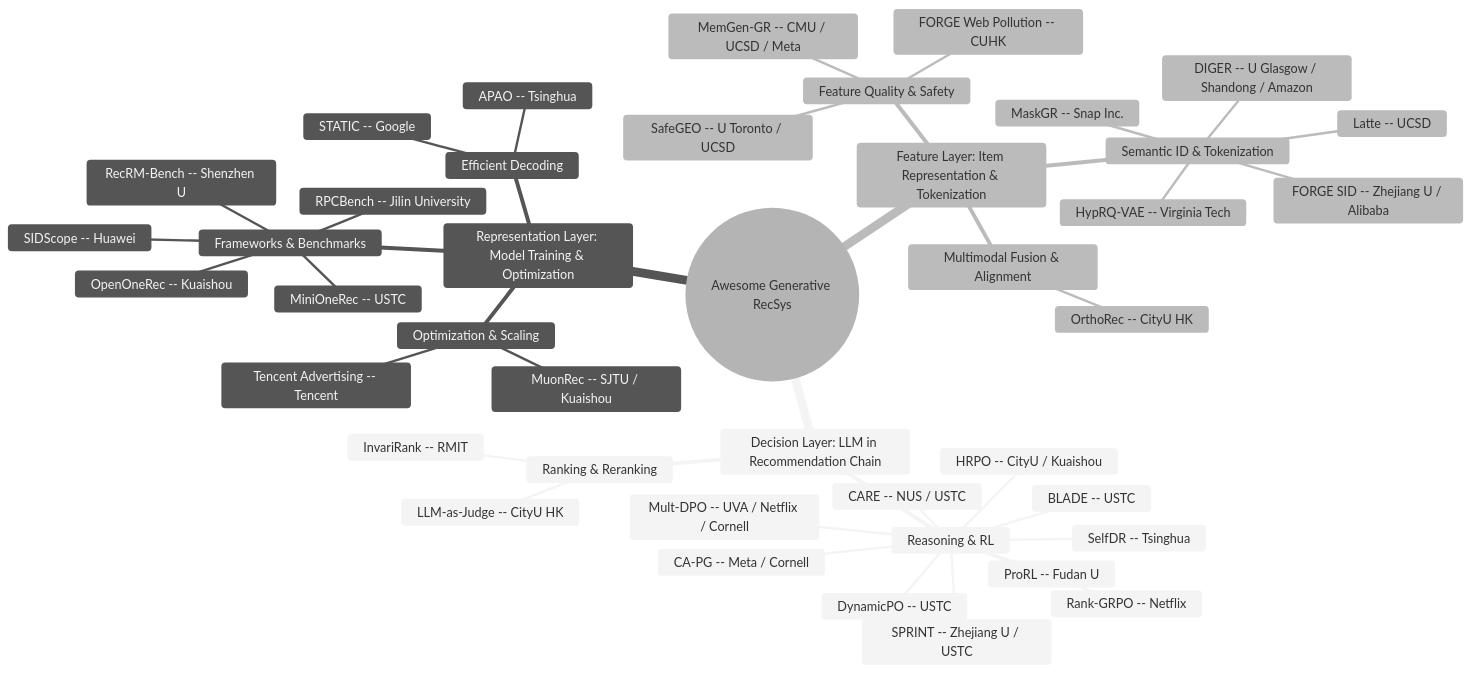
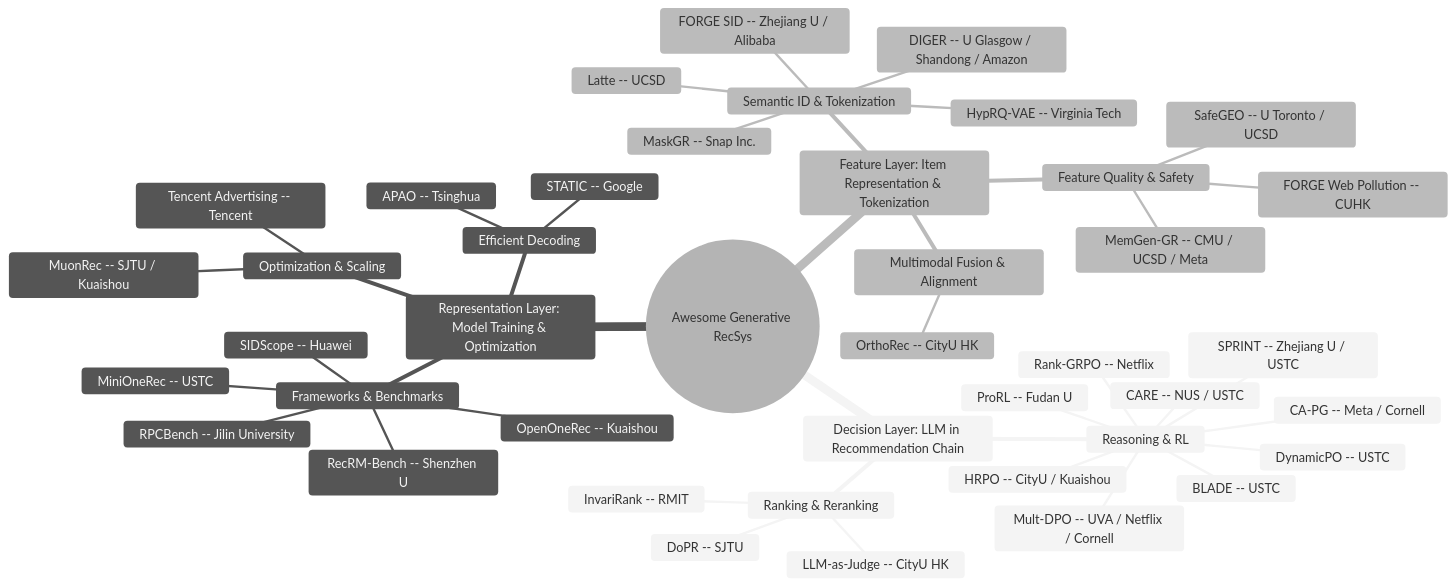
The diagram in README.md (HaFred/awesome-generative-recsys), drawn with Mermaid (neutral theme) before and after one commit. The commit also changed other lines of this file and 2 other files, not shown here.

````diff
--- a/README.md
+++ b/README.md
@@ -29,45 +29,45 @@
 ```mermaid
 mindmap
   root((Awesome Generative RecSys))
     Decision Layer: LLM in Recommendation Chain
       Reasoning & RL
         Rank-GRPO -- Netflix
         DynamicPO -- USTC
         BLADE -- USTC
         SPRINT -- Zhejiang U / USTC
         CARE -- NUS / USTC
         HRPO -- CityU / Kuaishou
         Mult-DPO -- UVA / Netflix / Cornell
         CA-PG -- Meta / Cornell
         ProRL -- Fudan U
-        SelfDR -- Tsinghua
       Ranking & Reranking
         InvariRank -- RMIT
         LLM-as-Judge -- CityU HK
+        DoPR -- SJTU
     Representation Layer: Model Training & Optimization
       Frameworks & Benchmarks
         MiniOneRec -- USTC
         OpenOneRec -- Kuaishou
         RecRM-Bench -- Shenzhen U
         SIDScope -- Huawei
         RPCBench -- Jilin University
       Efficient Decoding
         STATIC -- Google
         APAO -- Tsinghua
       Optimization & Scaling
         MuonRec -- SJTU / Kuaishou
         Tencent Advertising -- Tencent
     Feature Layer: Item Representation & Tokenization
       Semantic ID & Tokenization
         Latte -- UCSD
         FORGE SID -- Zhejiang U / Alibaba
         DIGER -- U Glasgow / Shandong / Amazon
         MaskGR -- Snap Inc.
         HypRQ-VAE -- Virginia Tech
       Multimodal Fusion & Alignment
         OrthoRec -- CityU HK
       Feature Quality & Safety
         SafeGEO -- U Toronto / UCSD
         MemGen-GR -- CMU / UCSD / Meta
         FORGE Web Pollution -- CUHK
 ```
````
